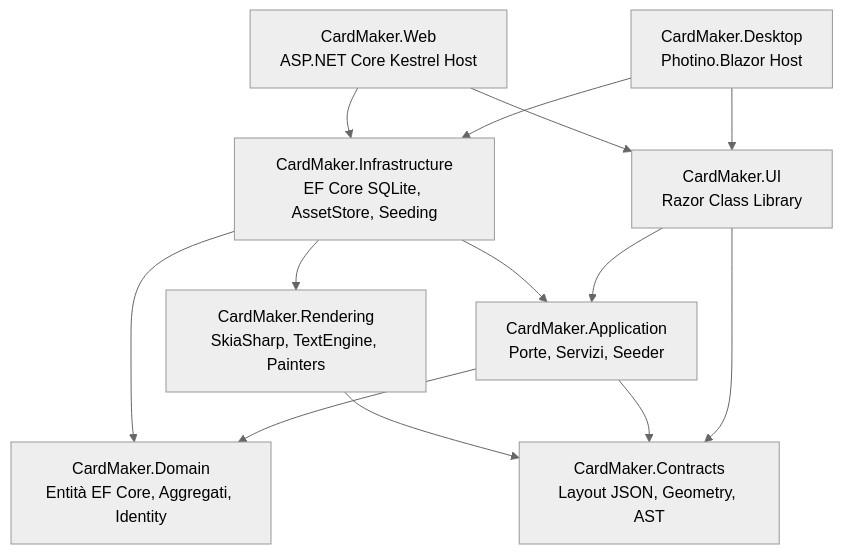
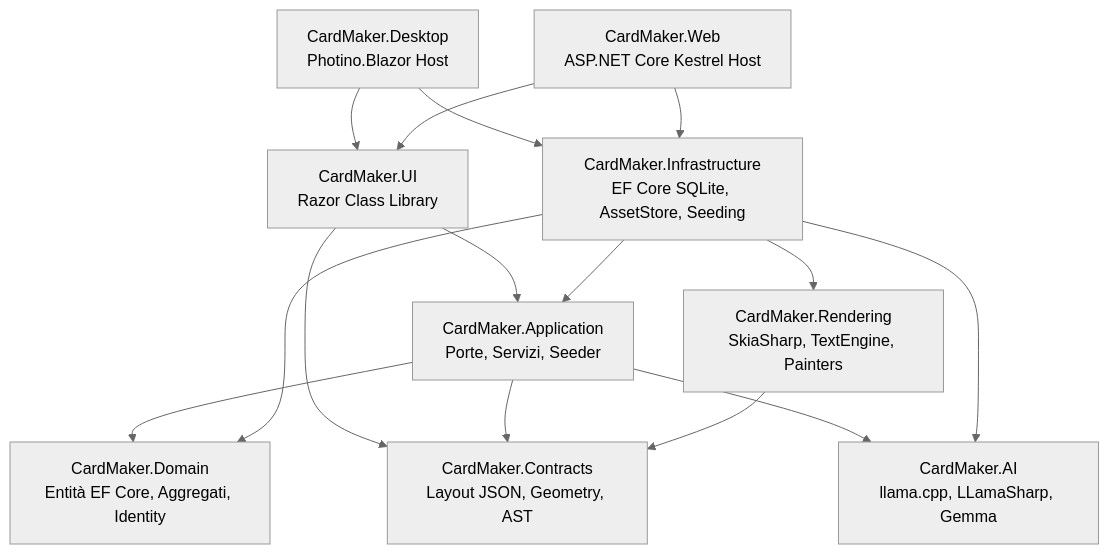
The diagram in docs/00-overview/project-context.md (zmalrobot/CardMaker), drawn with Mermaid (neutral theme) before and after one commit. The commit also changed other lines of this file and 19 other files, not shown here.

````diff
--- a/docs/00-overview/project-context.md
+++ b/docs/00-overview/project-context.md
@@ -47,15 +48,17 @@
 ```mermaid
 graph TD
     UI[CardMaker.UI<br/>Razor Class Library] --> APP[CardMaker.Application<br/>Porte, Servizi, Seeder]
     UI --> CONTR[CardMaker.Contracts<br/>Layout JSON, Geometry, AST]
     APP --> DOM[CardMaker.Domain<br/>Entità EF Core, Aggregati, Identity]
     APP --> CONTR
+    APP --> AI[CardMaker.AI<br/>llama.cpp, LLamaSharp, Gemma]
     REND[CardMaker.Rendering<br/>SkiaSharp, TextEngine, Painters] --> CONTR
     INFRA[CardMaker.Infrastructure<br/>EF Core SQLite, AssetStore, Seeding] --> APP
     INFRA --> DOM
     INFRA --> REND
+    INFRA --> AI
     DESK[CardMaker.Desktop<br/>Photino.Blazor Host] --> UI
     DESK --> INFRA
     WEB[CardMaker.Web<br/>ASP.NET Core Kestrel Host] --> UI
     WEB --> INFRA
 ```
````
